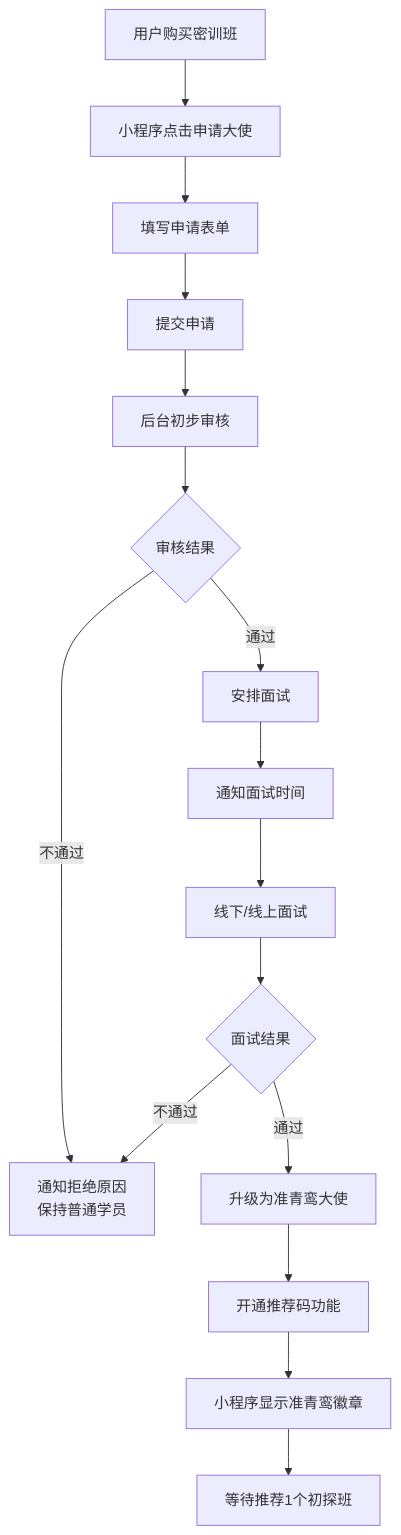
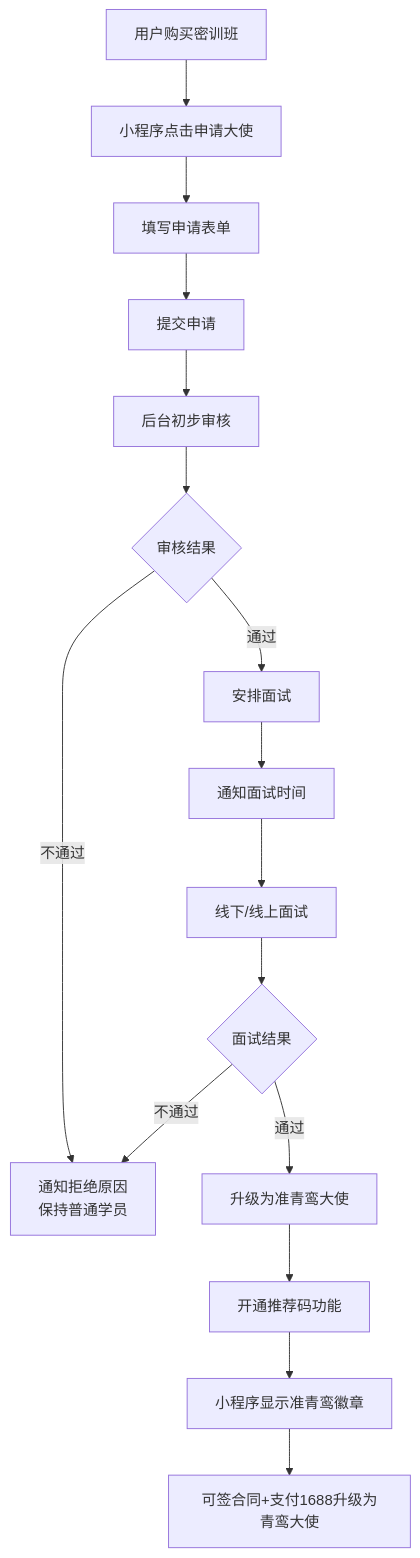
The eighth of 21 diagrams in 需求文档-V2.md (richenHe/tiandaowenhua_xcx), drawn with Mermaid before and after one commit. The commit also changed other lines of this file and 77 other files, not shown here.

````diff
--- a/需求文档-V2.md
+++ b/需求文档-V2.md
@@ -938,18 +936,18 @@
 ```mermaid
 flowchart TD
     A[用户购买密训班] --> B[小程序点击申请大使]
     B --> C[填写申请表单]
     C --> D[提交申请]
     D --> E[后台初步审核]
     E --> F{审核结果}
     F -->|不通过| G[通知拒绝原因<br/>保持普通学员]
     F -->|通过| H[安排面试]
     H --> I[通知面试时间]
     I --> J[线下/线上面试]
     J --> K{面试结果}
     K -->|不通过| G
     K -->|通过| L[升级为准青鸾大使]
     L --> M[开通推荐码功能]
     M --> N[小程序显示准青鸾徽章]
-    N --> O[等待推荐1个初探班]
+    N --> O[可签合同+支付1688升级为青鸾大使]
 ```
````
